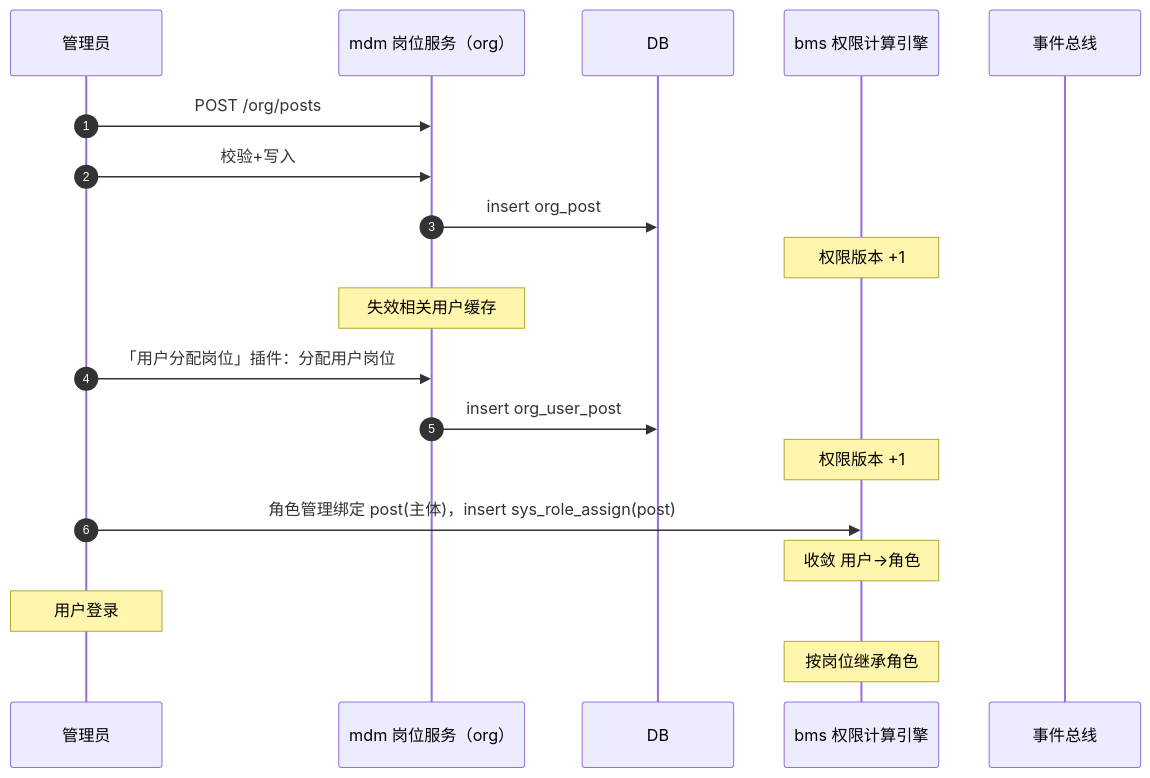
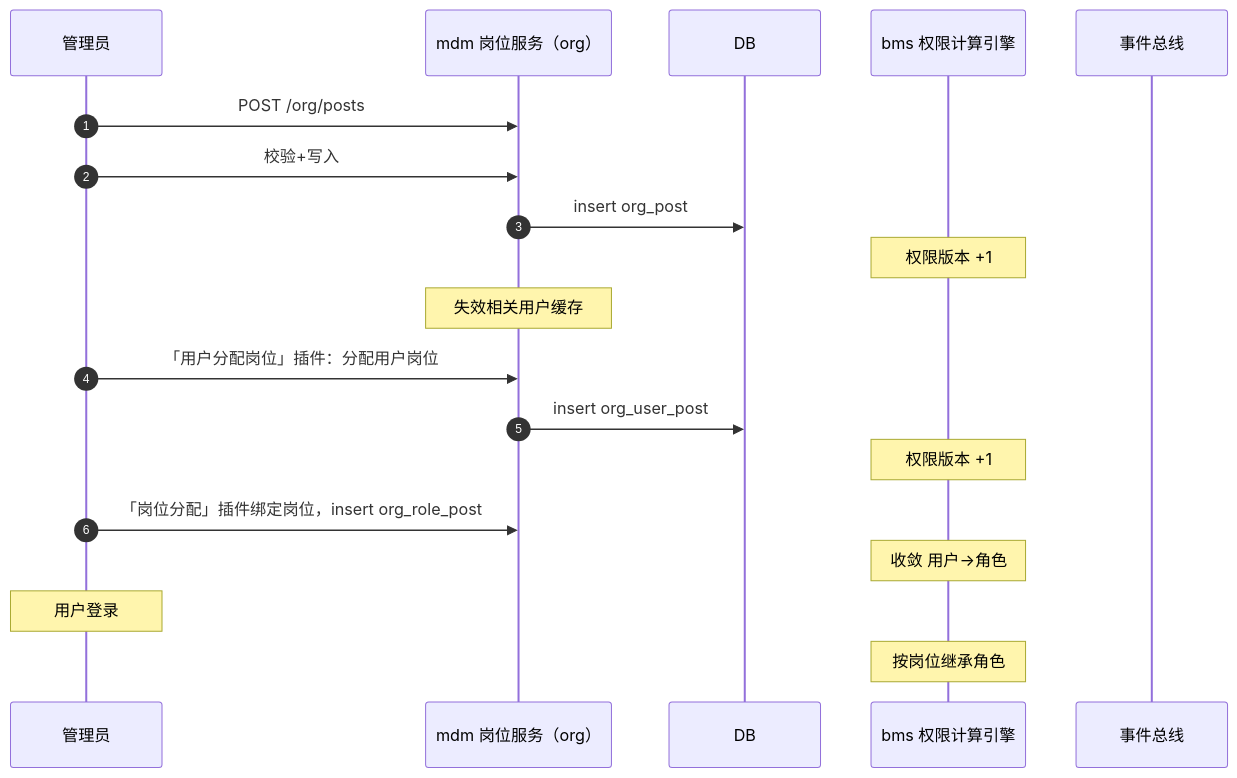
The diagram in mdm文档/设计/概要设计/02_概要设计_岗位管理.md (minjian123/master-data-management), drawn with Mermaid before and after one commit. The commit also changed other lines of this file and 4 other files, not shown here.

Commit message:
docs(组织域): 角色-岗位/部门分配归 mdm（org_role_post/org_role_dept）并补按用户解析角色契约与插件

````diff
--- a/mdm文档/设计/概要设计/02_概要设计_岗位管理.md
+++ b/mdm文档/设计/概要设计/02_概要设计_岗位管理.md
@@ -49,22 +49,22 @@
 ```mermaid
 sequenceDiagram
     autonumber
     participant 管理员
     participant 岗位服务 as mdm 岗位服务（org）
     participant DB
     participant 权限计算引擎 as bms 权限计算引擎
     participant 事件总线
 
     管理员->>岗位服务: POST /org/posts
     管理员->>岗位服务: 校验+写入
     岗位服务->>DB: insert org_post
     Note over 权限计算引擎: 权限版本 +1
     Note over 岗位服务: 失效相关用户缓存
     管理员->>岗位服务: 「用户分配岗位」插件：分配用户岗位
     岗位服务->>DB: insert org_user_post
     Note over 权限计算引擎: 权限版本 +1
-    管理员->>权限计算引擎: 角色管理绑定 post(主体)，insert sys_role_assign(post)
+    管理员->>岗位服务: 「岗位分配」插件绑定岗位，insert org_role_post
     Note over 权限计算引擎: 收敛 用户→角色
     Note over 管理员: 用户登录
     Note over 权限计算引擎: 按岗位继承角色
 ```
````
